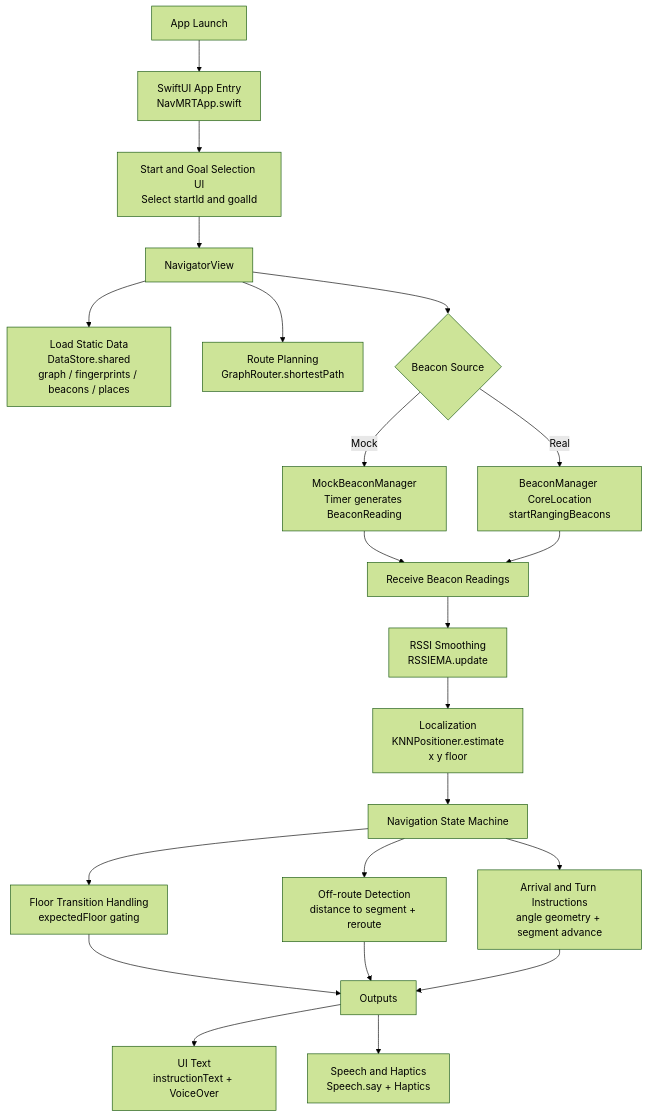
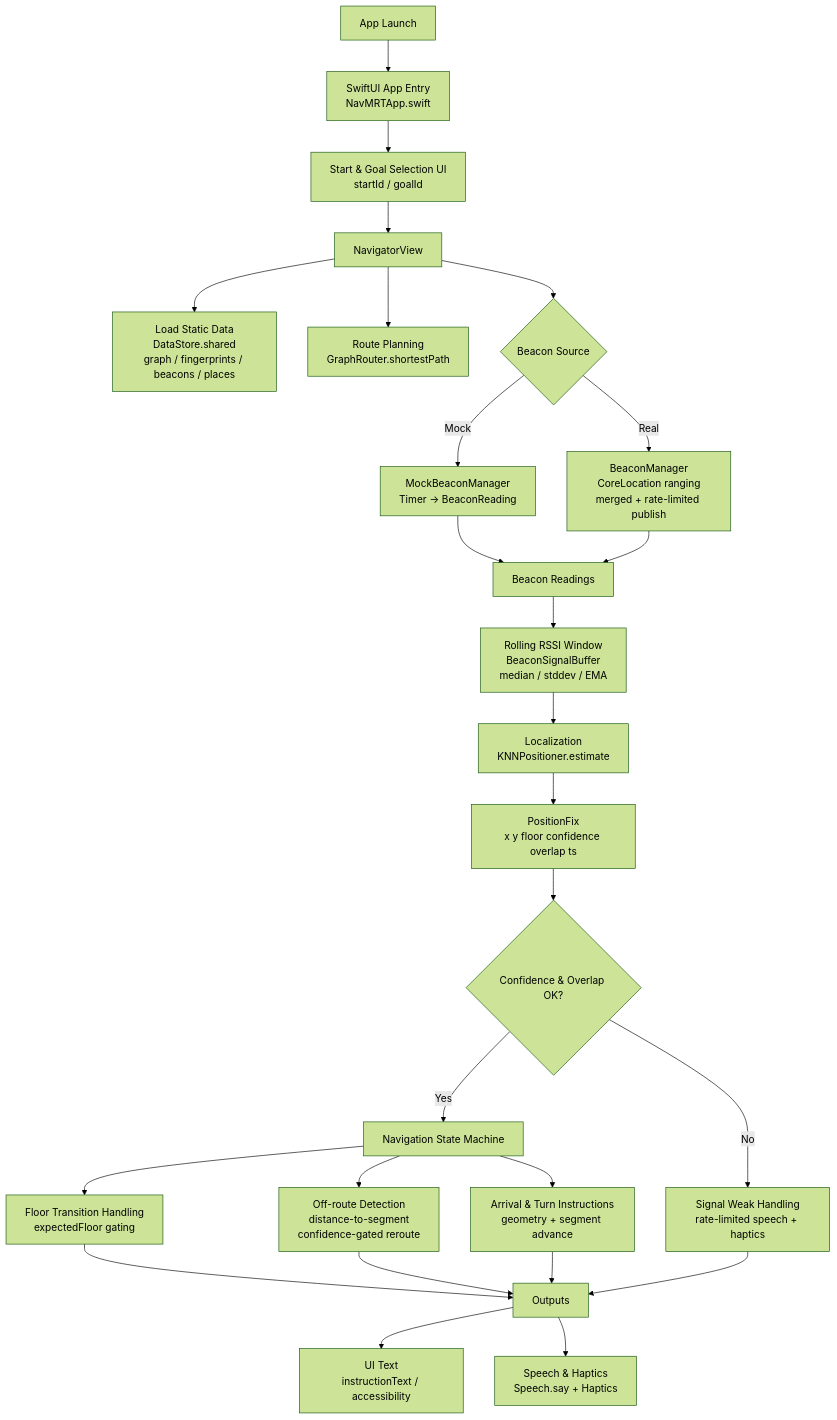
Before and after one commit to oatkup1a/MRTWayfinder: the diagram in README.md, drawn with Mermaid (forest theme).

````diff
--- a/README.md
+++ b/README.md
@@ -59,32 +59,48 @@
 ```mermaid
 flowchart TD
   A["App Launch"] --> B["SwiftUI App Entry<br/>NavMRTApp.swift"]
-  B --> C["Start and Goal Selection UI<br/>Select startId and goalId"]
+  B --> C["Start & Goal Selection UI<br/>startId / goalId"]
   C --> D["NavigatorView"]
 
+  %% Static data
   D --> E["Load Static Data<br/>DataStore.shared<br/>graph / fingerprints / beacons / places"]
+
+  %% Routing
   D --> F["Route Planning<br/>GraphRouter.shortestPath"]
 
+  %% Beacon acquisition
   D --> G{Beacon Source}
-  G -->|Mock| H["MockBeaconManager<br/>Timer generates BeaconReading"]
-  G -->|Real| I["BeaconManager CoreLocation<br/>startRangingBeacons"]
+  G -->|Mock| H["MockBeaconManager<br/>Timer → BeaconReading"]
+  G -->|Real| I["BeaconManager<br/>CoreLocation ranging<br/>merged + rate-limited publish"]
 
-  H --> J["Receive Beacon Readings"]
+  H --> J["Beacon Readings"]
   I --> J
 
-  J --> K["RSSI Smoothing<br/>RSSIEMA.update"]
-  K --> L["Localization<br/>KNNPositioner.estimate<br/>x y floor"]
-  L --> M["Navigation State Machine"]
+  %% Signal processing
+  J --> K["Rolling RSSI Window<br/>BeaconSignalBuffer<br/>median / stddev / EMA"]
 
-  M --> N["Floor Transition Handling<br/>expectedFloor gating"]
-  M --> O["Off-route Detection<br/>distance to segment + reroute"]
-  M --> P["Arrival and Turn Instructions<br/>angle geometry + segment advance"]
+  %% Localization
+  K --> L["Localization<br/>KNNPositioner.estimate"]
+  L --> L2["PositionFix<br/>x y floor confidence overlap ts"]
 
-  N --> Q["Outputs"]
-  O --> Q
-  P --> Q
+  %% Gating
+  L2 --> M{Confidence & Overlap OK?}
+  M -->|No| M1["Signal Weak Handling<br/>rate-limited speech + haptics"]
+  M -->|Yes| N["Navigation State Machine"]
 
-  Q --> R["UI Text<br/>instructionText + VoiceOver"]
-  Q --> S["Speech and Haptics<br/>Speech.say + Haptics"]
+  %% Navigation logic
+  N --> O["Floor Transition Handling<br/>expectedFloor gating"]
+  N --> P["Off-route Detection<br/>distance-to-segment<br/>confidence-gated reroute"]
+  N --> Q["Arrival & Turn Instructions<br/>geometry + segment advance"]
+
+  %% Outputs
+  O --> R["Outputs"]
+  P --> R
+  Q --> R
+  M1 --> R
+
+  R --> S["UI Text<br/>instructionText / accessibility"]
+  R --> T["Speech & Haptics<br/>Speech.say + Haptics"]
+
 
 ```
````
